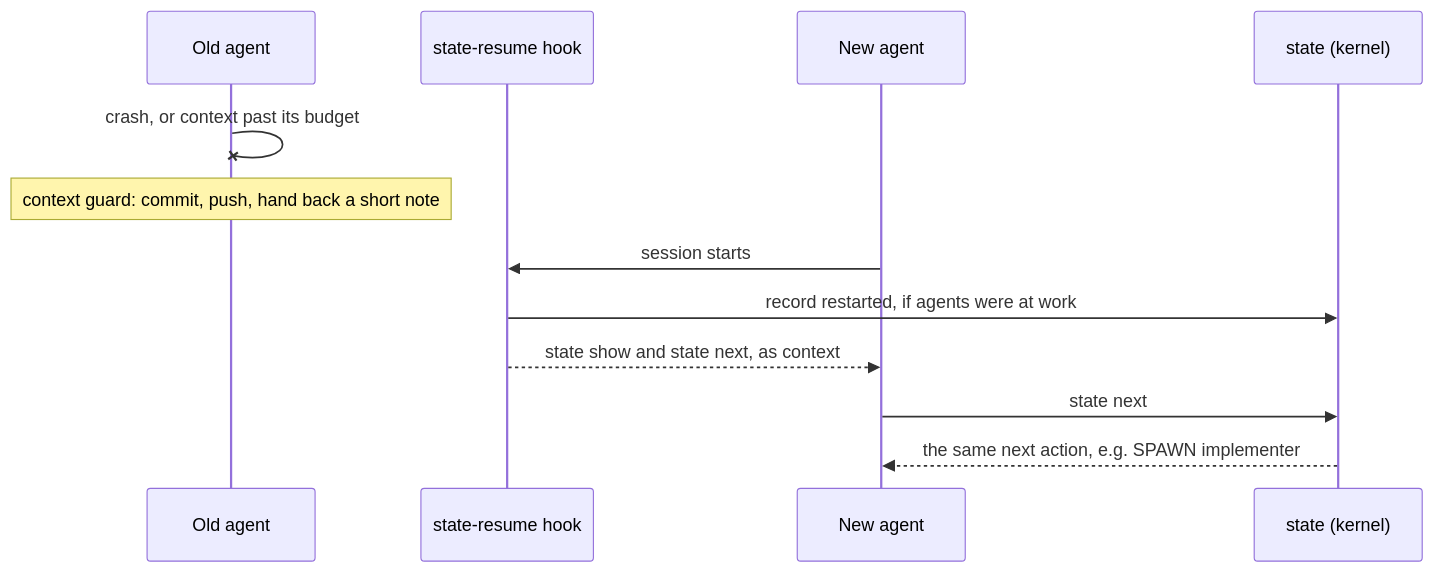
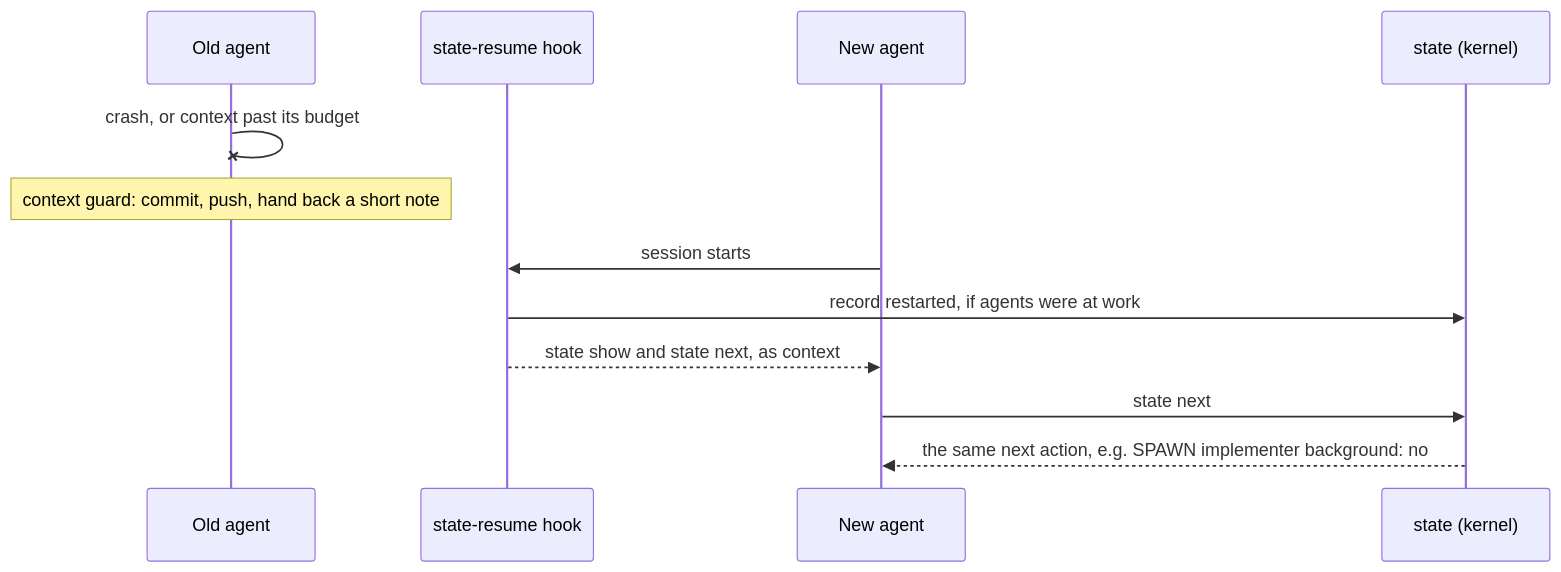
One commit to ILIYANGERMANOV/nixos changed the third of 3 diagrams in docs/harness/RUN-LOOP.md. Above: the diagram before and after it, drawn with Mermaid. The commit also changed other lines of this file and 27 other files, not shown here.

````diff
--- a/docs/harness/RUN-LOOP.md
+++ b/docs/harness/RUN-LOOP.md
@@ -135,14 +162,14 @@
 ```mermaid
 sequenceDiagram
   participant Old as Old agent
   participant Hook as state-resume hook
   participant New as New agent
   participant State as state (kernel)
   Old-xOld: crash, or context past its budget
   Note over Old: context guard: commit, push, hand back a short note
   New->>Hook: session starts
   Hook->>State: record restarted, if agents were at work
   Hook-->>New: state show and state next, as context
   New->>State: state next
-  State-->>New: the same next action, e.g. SPAWN implementer
+  State-->>New: the same next action, e.g. SPAWN implementer background: no
 ```
````
